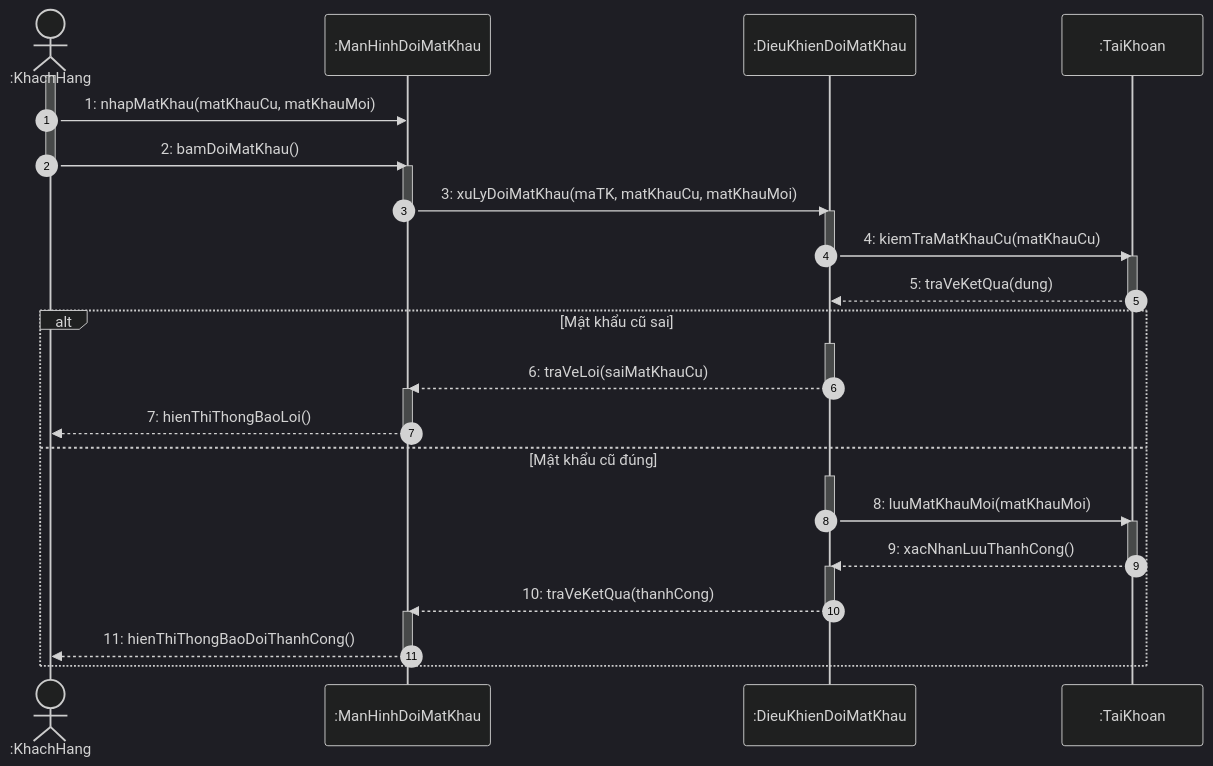
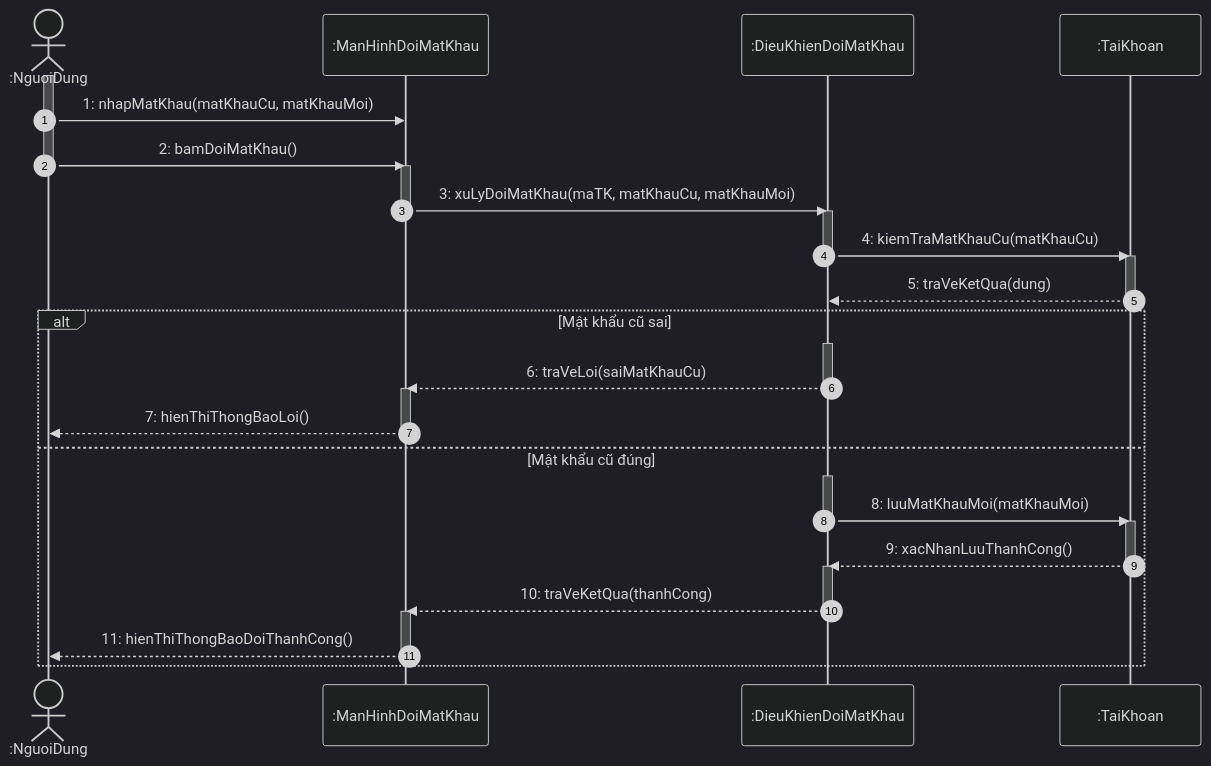
Before and after one commit to Longcodepro/Project_OOAD_HK1_2026-2027: diagram 13 of 20 in docs/sequence/Sequence_diagram.md, drawn with Mermaid (dark theme). The commit also changed other lines of this file and 5 other files, not shown here.

First line of the commit message:
docs(sequence): thêm file draw.io và cập nhật sơ đồ tuần tự

````diff
--- a/docs/sequence/Sequence_diagram.md
+++ b/docs/sequence/Sequence_diagram.md
@@ -956,46 +974,46 @@
 ```mermaid
 sequenceDiagram
     autonumber
-    actor KH as :KhachHang
+    actor KH as :NguoiDung
     participant MH as :ManHinhDoiMatKhau
     participant DK as :DieuKhienDoiMatKhau
     participant TK as :TaiKhoan
 
     activate KH
     KH ->> MH: 1: nhapMatKhau(matKhauCu, matKhauMoi)
     deactivate KH
     activate KH
     KH ->> MH: 2: bamDoiMatKhau()
     deactivate KH
     activate MH
     MH ->> DK: 3: xuLyDoiMatKhau(maTK, matKhauCu, matKhauMoi)
     deactivate MH
     activate DK
     DK ->> TK: 4: kiemTraMatKhauCu(matKhauCu)
     deactivate DK
     activate TK
     TK -->> DK: 5: traVeKetQua(dung)
     deactivate TK
 
     alt Mật khẩu cũ sai
         activate DK
         DK -->> MH: 6: traVeLoi(saiMatKhauCu)
         deactivate DK
         activate MH
         MH -->> KH: 7: hienThiThongBaoLoi()
         deactivate MH
     else Mật khẩu cũ đúng
         activate DK
         DK ->> TK: 8: luuMatKhauMoi(matKhauMoi)
         deactivate DK
         activate TK
         TK -->> DK: 9: xacNhanLuuThanhCong()
         deactivate TK
         activate DK
         DK -->> MH: 10: traVeKetQua(thanhCong)
         deactivate DK
         activate MH
         MH -->> KH: 11: hienThiThongBaoDoiThanhCong()
         deactivate MH
     end
 ```
````
